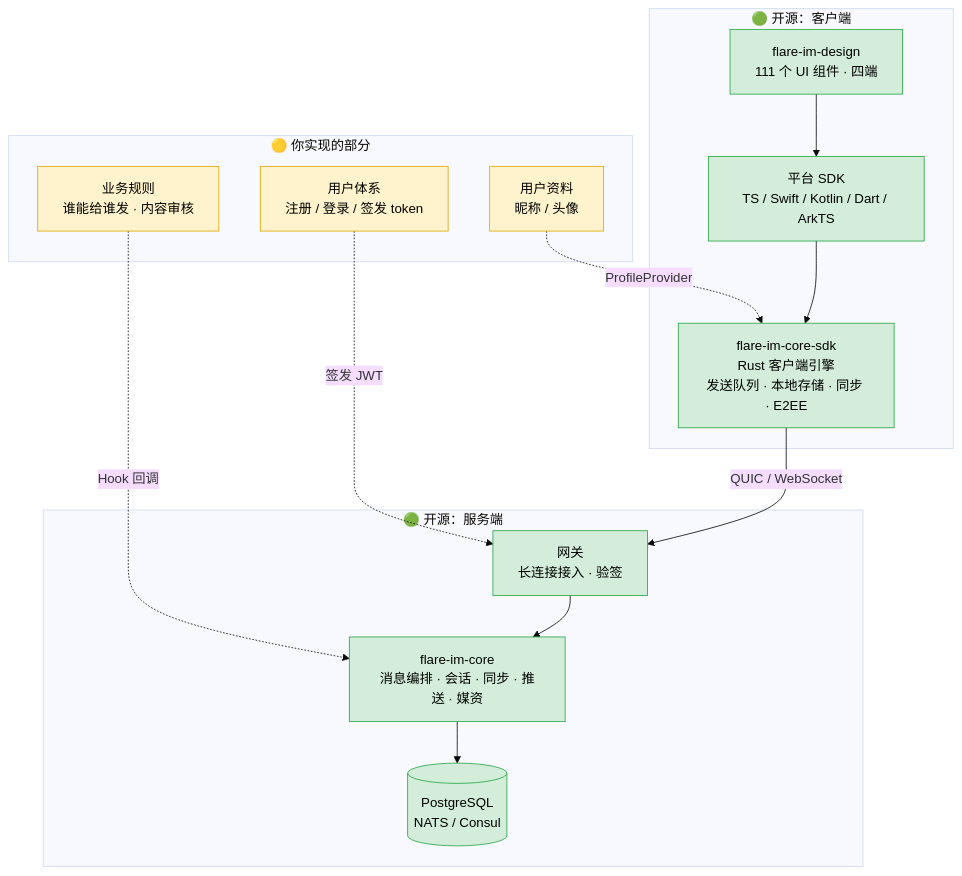
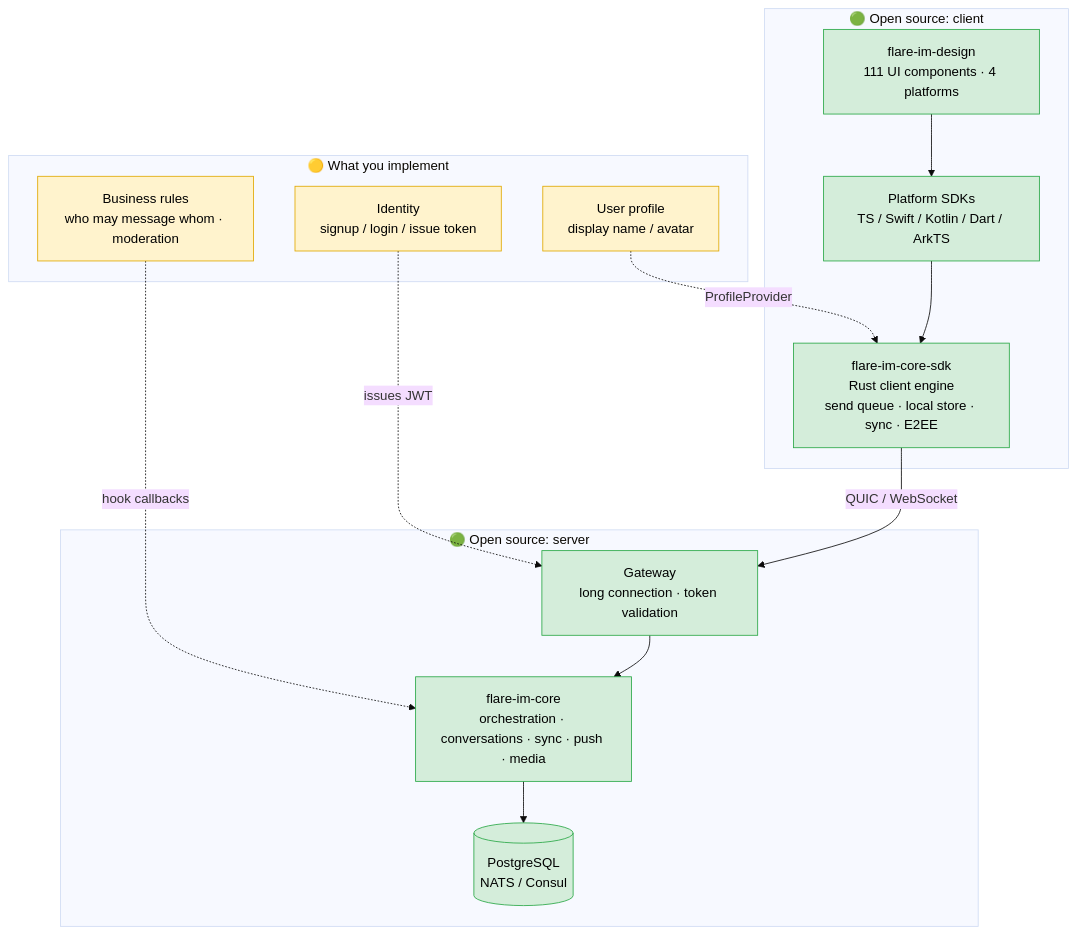
The first of 2 diagrams in README.md (flare-im/flare-im-core-server), drawn with Mermaid (base theme) before and after one commit. The commit also changed other lines of this file and 7 other files, not shown here.

````diff
--- a/README.md
+++ b/README.md
@@ -65,32 +57,32 @@
 ```mermaid
 flowchart TB
-    subgraph yours["🟡 你实现的部分"]
-        auth["用户体系<br/>注册 / 登录 / 签发 token"]
-        rules["业务规则<br/>谁能给谁发 · 内容审核"]
-        profile["用户资料<br/>昵称 / 头像"]
+    subgraph yours["🟡 What you implement"]
+        auth["Identity<br/>signup / login / issue token"]
+        rules["Business rules<br/>who may message whom · moderation"]
+        profile["User profile<br/>display name / avatar"]
     end
 
-    subgraph client["🟢 开源：客户端"]
-        ui["flare-im-design<br/>111 个 UI 组件 · 四端"]
-        sdk["平台 SDK<br/>TS / Swift / Kotlin / Dart / ArkTS"]
-        engine["flare-im-core-sdk<br/>Rust 客户端引擎<br/>发送队列 · 本地存储 · 同步 · E2EE"]
+    subgraph client["🟢 Open source: client"]
+        ui["flare-im-design<br/>111 UI components · 4 platforms"]
+        sdk["Platform SDKs<br/>TS / Swift / Kotlin / Dart / ArkTS"]
+        engine["flare-im-core-sdk<br/>Rust client engine<br/>send queue · local store · sync · E2EE"]
     end
 
-    subgraph server["🟢 开源：服务端"]
-        gw["网关<br/>长连接接入 · 验签"]
-        core["flare-im-core<br/>消息编排 · 会话 · 同步 · 推送 · 媒资"]
+    subgraph server["🟢 Open source: server"]
+        gw["Gateway<br/>long connection · token validation"]
+        core["flare-im-core<br/>orchestration · conversations · sync · push · media"]
         store[("PostgreSQL<br/>NATS / Consul")]
     end
 
-    auth -. "签发 JWT" .-> gw
-    rules -. "Hook 回调" .-> core
+    auth -. "issues JWT" .-> gw
+    rules -. "hook callbacks" .-> core
     profile -. "ProfileProvider" .-> engine
 
     ui --> sdk --> engine
     engine -- "QUIC / WebSocket" --> gw --> core --> store
 
     classDef mine fill:#FFF3CD,stroke:#E0A800,color:#000
     classDef oss fill:#D4EDDA,stroke:#28A745,color:#000
     class auth,rules,profile mine
     class ui,sdk,engine,gw,core,store oss
 ```
````
